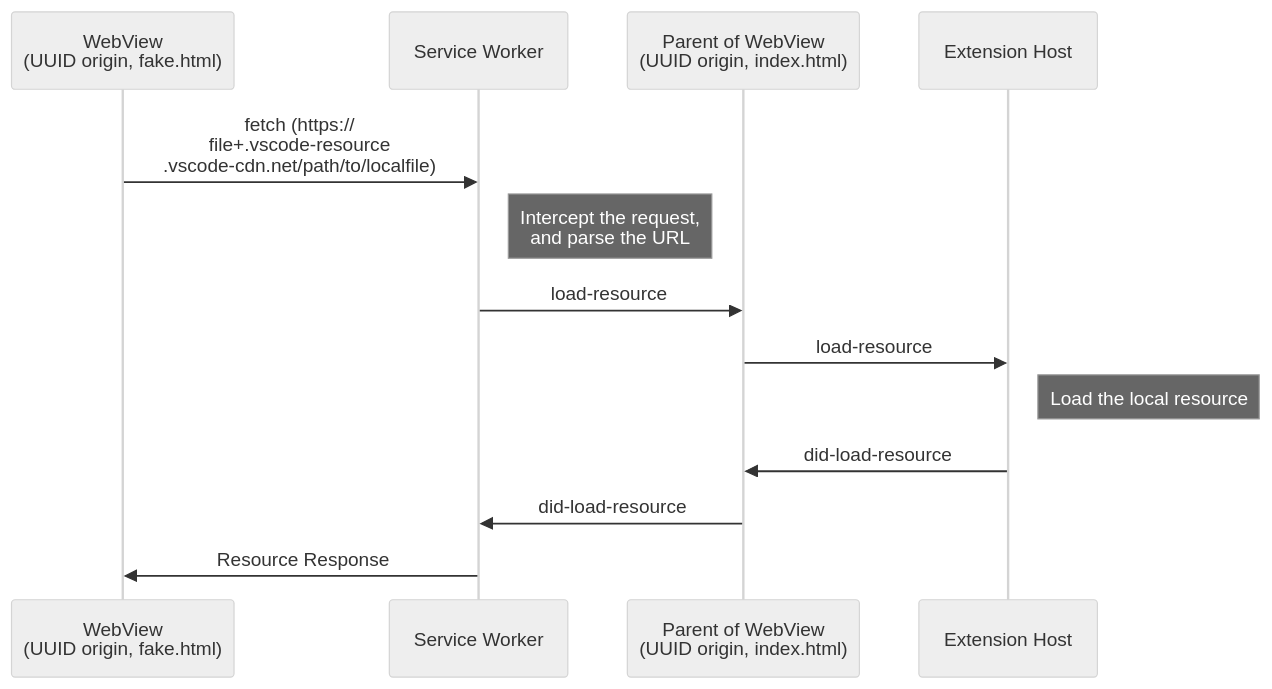
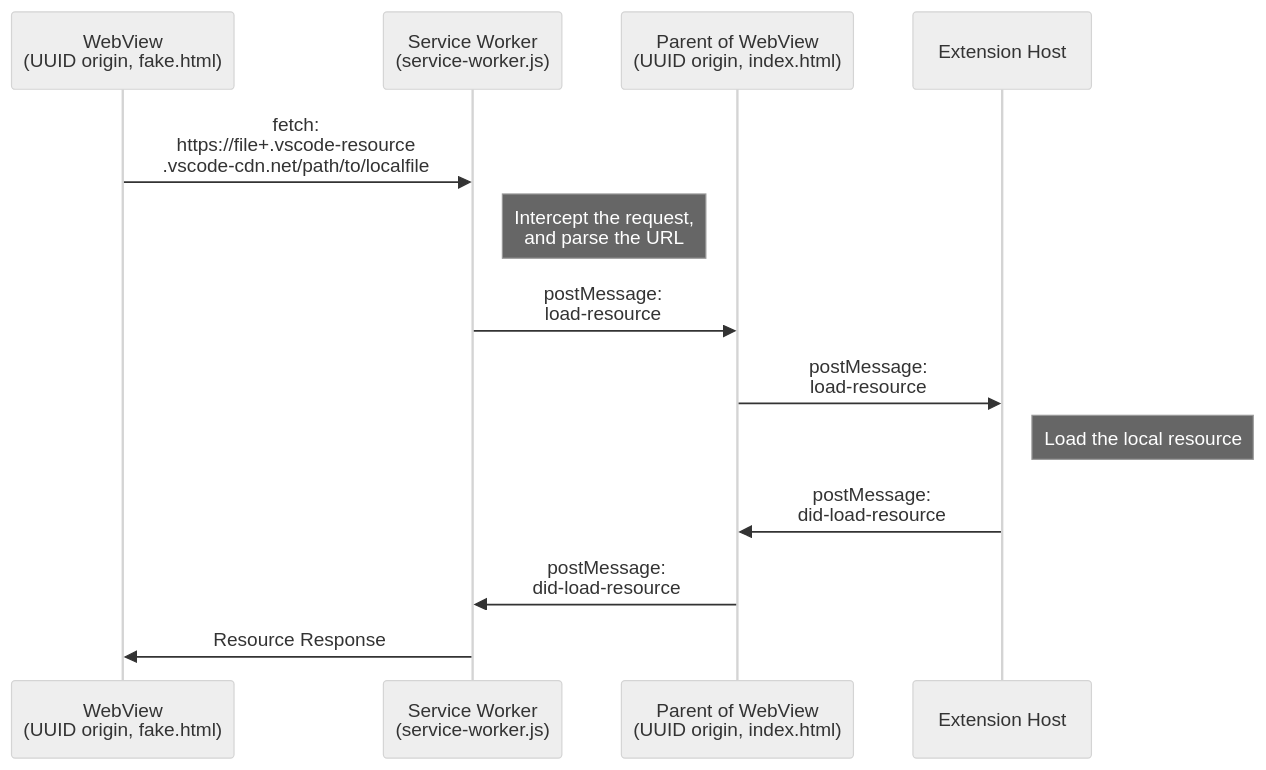
Diagram 11 of 11 in viewer/README.md (tamuratak/latex-toybox), drawn with Mermaid (neutral theme) before and after one commit.

Commit message:
fix: Enhance sequence diagram in README.md for better clarity by adding line breaks [skip ci]

````diff
--- a/viewer/README.md
+++ b/viewer/README.md
@@ -244,16 +244,16 @@
 ```mermaid
 sequenceDiagram
     participant WebView as WebView <br>(UUID origin, fake.html)
-    participant ServiceWorker as Service Worker
+    participant ServiceWorker as Service Worker <br> (service-worker.js)
     participant ParentClient as Parent of WebView <br>(UUID origin, index.html)
     participant ExtensionHost as Extension Host 
 
-    WebView->>ServiceWorker: fetch (https://<br>file+.vscode-resource<br>.vscode-cdn.net/path/to/localfile)
+    WebView->>ServiceWorker: fetch: <br>https://file+.vscode-resource<br>.vscode-cdn.net/path/to/localfile
     Note right of ServiceWorker: Intercept the request,<br> and parse the URL
-    ServiceWorker->>ParentClient: load-resource
-    ParentClient->>ExtensionHost: load-resource
+    ServiceWorker->>ParentClient: postMessage:<br>load-resource
+    ParentClient->>ExtensionHost: postMessage:<br>load-resource
     Note right of ExtensionHost: Load the local resource
-    ExtensionHost->>ParentClient: did-load-resource
-    ParentClient->>ServiceWorker: did-load-resource
+    ExtensionHost->>ParentClient: postMessage:<br>did-load-resource
+    ParentClient->>ServiceWorker: postMessage:<br>did-load-resource
     ServiceWorker->>WebView: Resource Response
 ```
````
